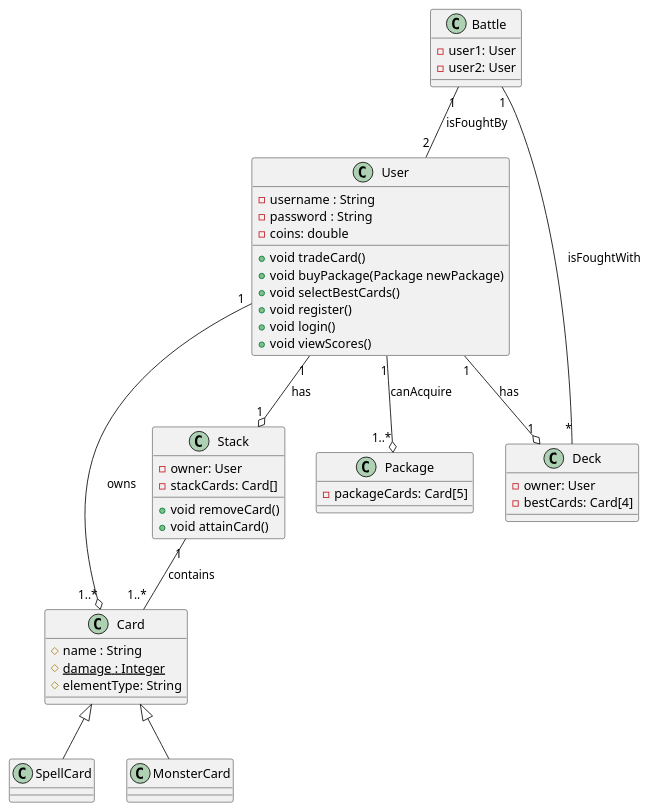
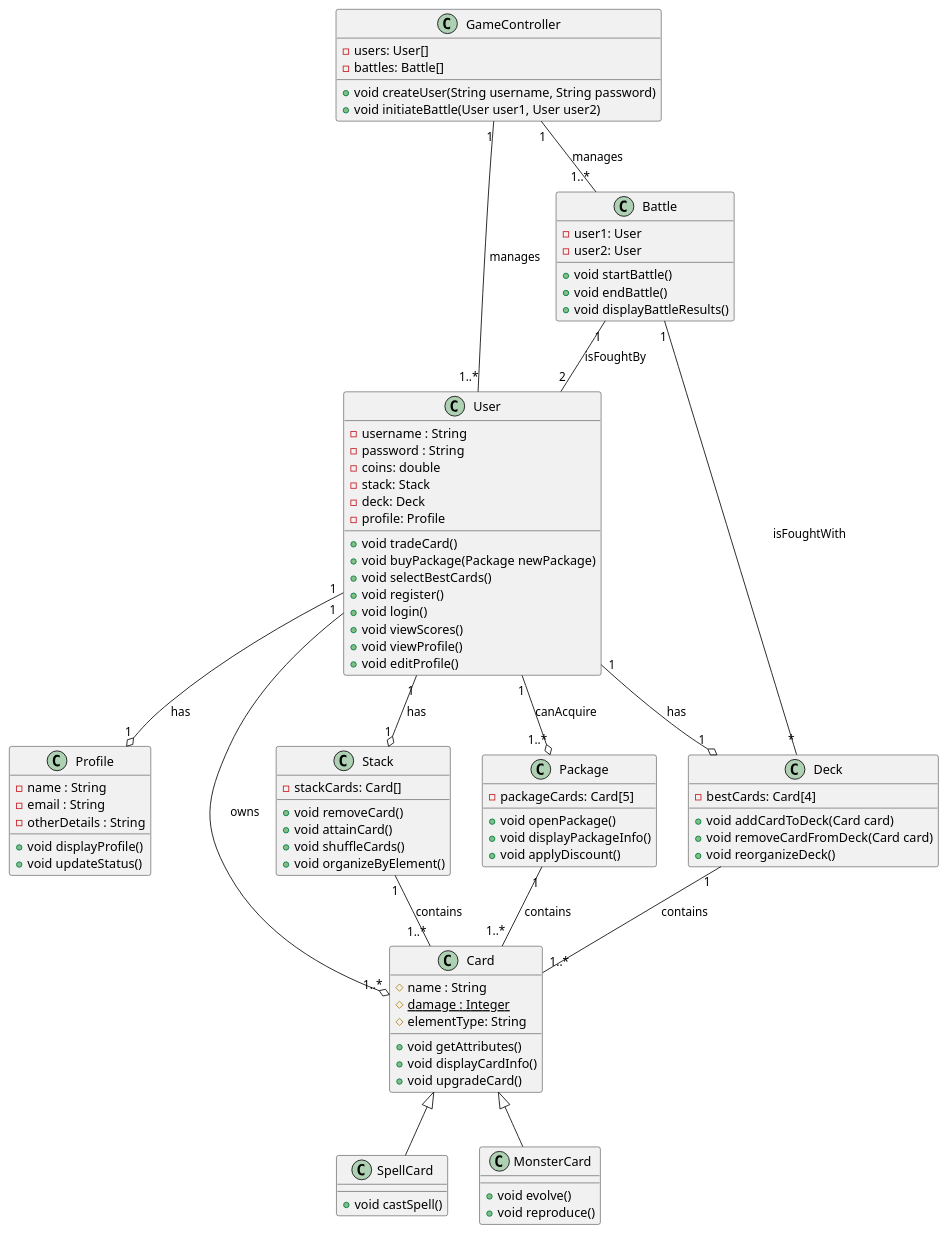
One commit to gregory567/Monster-Trading-Cards-Game-MTCG changed the diagram in src/main/java/org/example/Klassen.puml. Above: the diagram before and after it, drawn with PlantUML. The commit also changed 1 other file, not shown here.

Commit message:
class diagram updated

```diff
--- a/src/main/java/org/example/Klassen.puml
+++ b/src/main/java/org/example/Klassen.puml
@@ -1,62 +1,103 @@
 @startuml
 'https://plantuml.com/sequence-diagram
 
 class User {
     - username : String
     - password : String
     - coins: double
+    - stack: Stack
+    - deck: Deck
+    - profile: Profile
     + void tradeCard()
     + void buyPackage(Package newPackage)
     + void selectBestCards()
     + void register()
     + void login()
     + void viewScores()
+    + void viewProfile()
+    + void editProfile()
+}
+
+class Profile {
+    - name : String
+    - email : String
+    - otherDetails : String
+    + void displayProfile()
+    + void updateStatus()
 }
 
 class Card {
     # name : String
     # damage : Integer {static}
     # elementType: String
+    + void getAttributes()
+    + void displayCardInfo()
+    + void upgradeCard()
 }
 
 class SpellCard {
+    + void castSpell()
 }
 
 class MonsterCard {
+    + void evolve()
+    + void reproduce()
 }
 
 class Stack{
-    - owner: User
     - stackCards: Card[]
     + void removeCard()
     + void attainCard()
+    + void shuffleCards()
+    + void organizeByElement()
 }
 
 class Package {
     - packageCards: Card[5]
+    + void openPackage()
+    + void displayPackageInfo()
+    + void applyDiscount()
 }
 
 class Deck {
-    - owner: User
     - bestCards: Card[4]
+    + void addCardToDeck(Card card)
+    + void removeCardFromDeck(Card card)
+    + void reorganizeDeck()
 }
 
 class Battle {
     - user1: User
     - user2: User
+    + void startBattle()
+    + void endBattle()
+    + void displayBattleResults()
+}
+
+class GameController {
+    - users: User[]
+    - battles: Battle[]
+    + void createUser(String username, String password)
+    + void initiateBattle(User user1, User user2)
 }
 
 Card <|-- MonsterCard
 Card <|-- SpellCard
 
 User "1" --o "1..*" Card : owns
 User "1" --o "1" Deck : has
 User "1" --o "1..*" Package : canAcquire
 User "1" --o "1" Stack : has
+User "1" --o "1" Profile : has
 
 Stack "1" -- "1..*" Card : contains
+Package "1" -- "1..*" Card : contains
+Deck "1" -- "1..*" Card : contains
 
 Battle "1" -- "*" Deck : isFoughtWith
 Battle "1" -- "2" User : isFoughtBy
 
+GameController "1" -- "1..*" User : manages
+GameController "1" -- "1..*" Battle : manages
+
 @enduml
```
